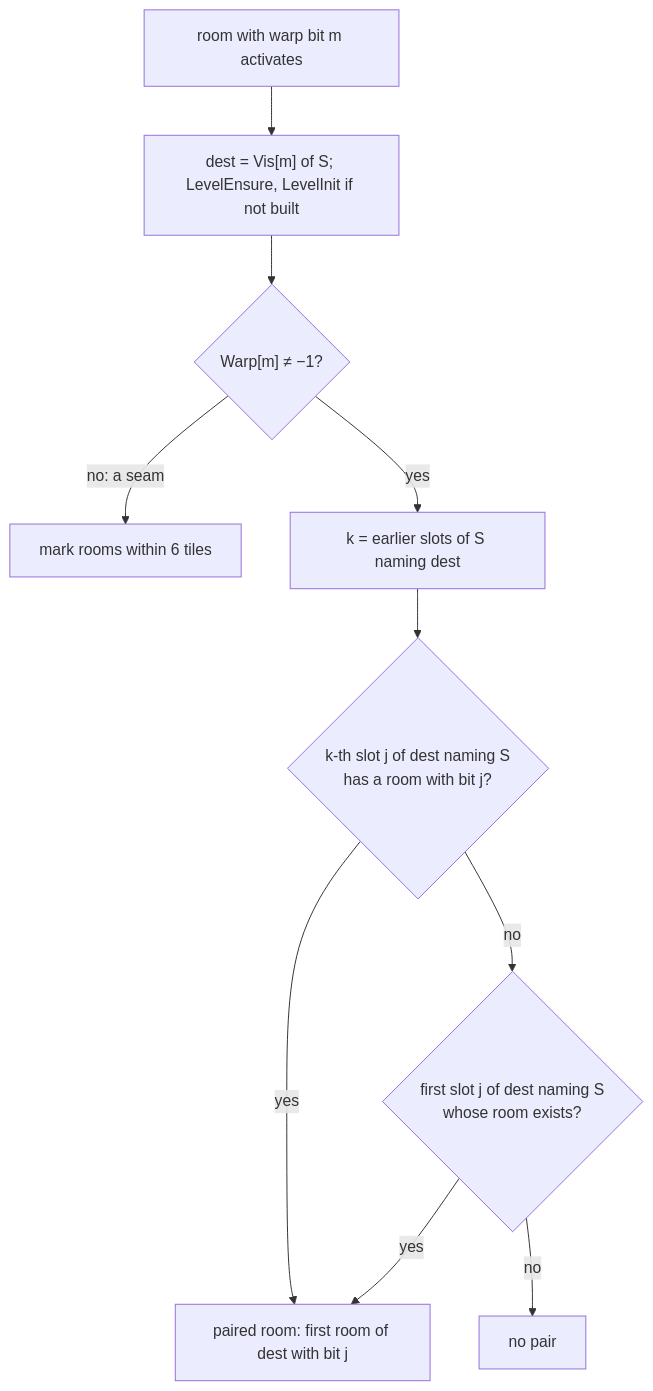
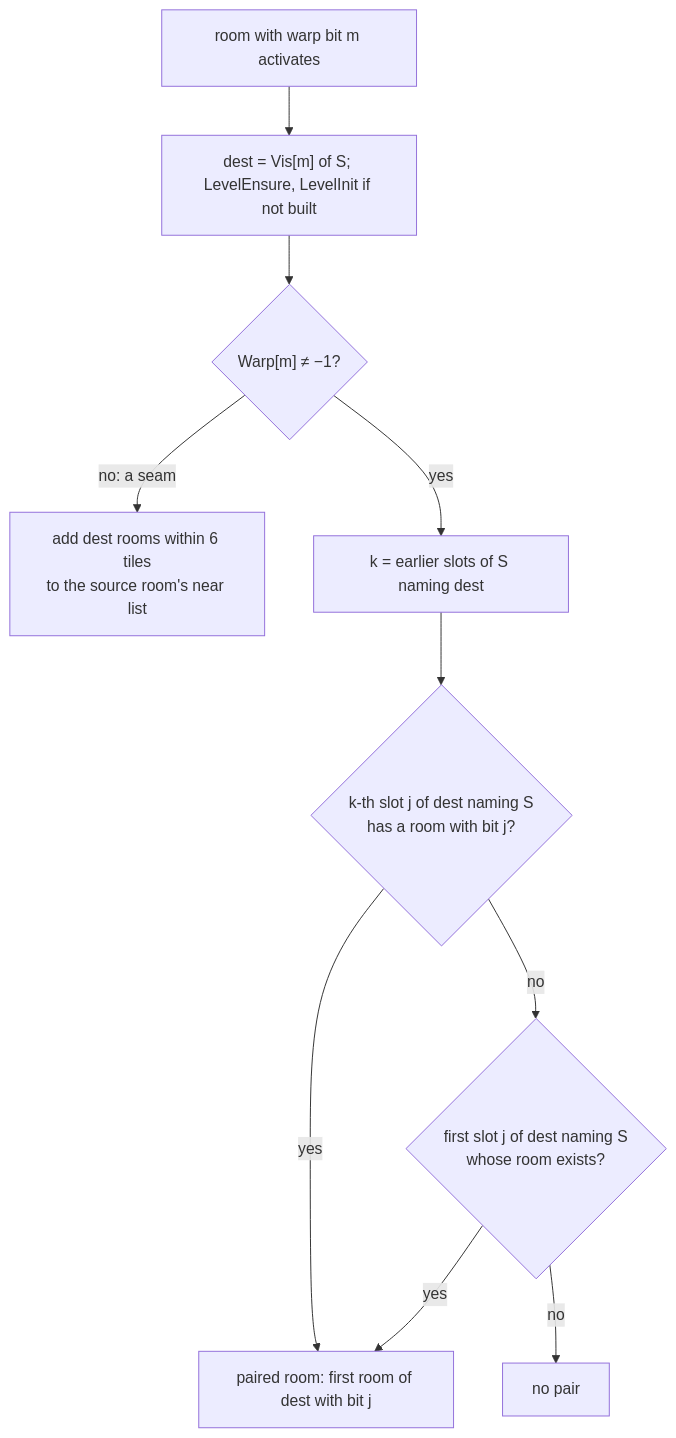
One commit to IgorKonovalov/diablo-2-recompilation changed the third of 3 diagrams in docs/specs/drlg/warps.md. Above: the diagram before and after it, drawn with Mermaid. The commit also changed other lines of this file, not shown here.

````diff
--- a/docs/specs/drlg/warps.md
+++ b/docs/specs/drlg/warps.md
@@ -412,12 +419,12 @@
 ```mermaid
 flowchart TD
   a["room with warp bit m activates"] --> d["dest = Vis[m] of S; LevelEnsure, LevelInit if not built"]
   d --> w{"Warp[m] ≠ −1?"}
-  w -->|"no: a seam"| mark["mark rooms within 6 tiles"]
+  w -->|"no: a seam"| mark["add dest rooms within 6 tiles<br/>to the source room's near list"]
   w -->|"yes"| k["k = earlier slots of S naming dest"]
   k --> r{"k-th slot j of dest naming S<br/>has a room with bit j?"}
   r -->|"yes"| pair["paired room: first room of dest with bit j"]
   r -->|"no"| fb{"first slot j of dest naming S<br/>whose room exists?"}
   fb -->|"yes"| pair
   fb -->|"no"| none["no pair"]
 ```
````
